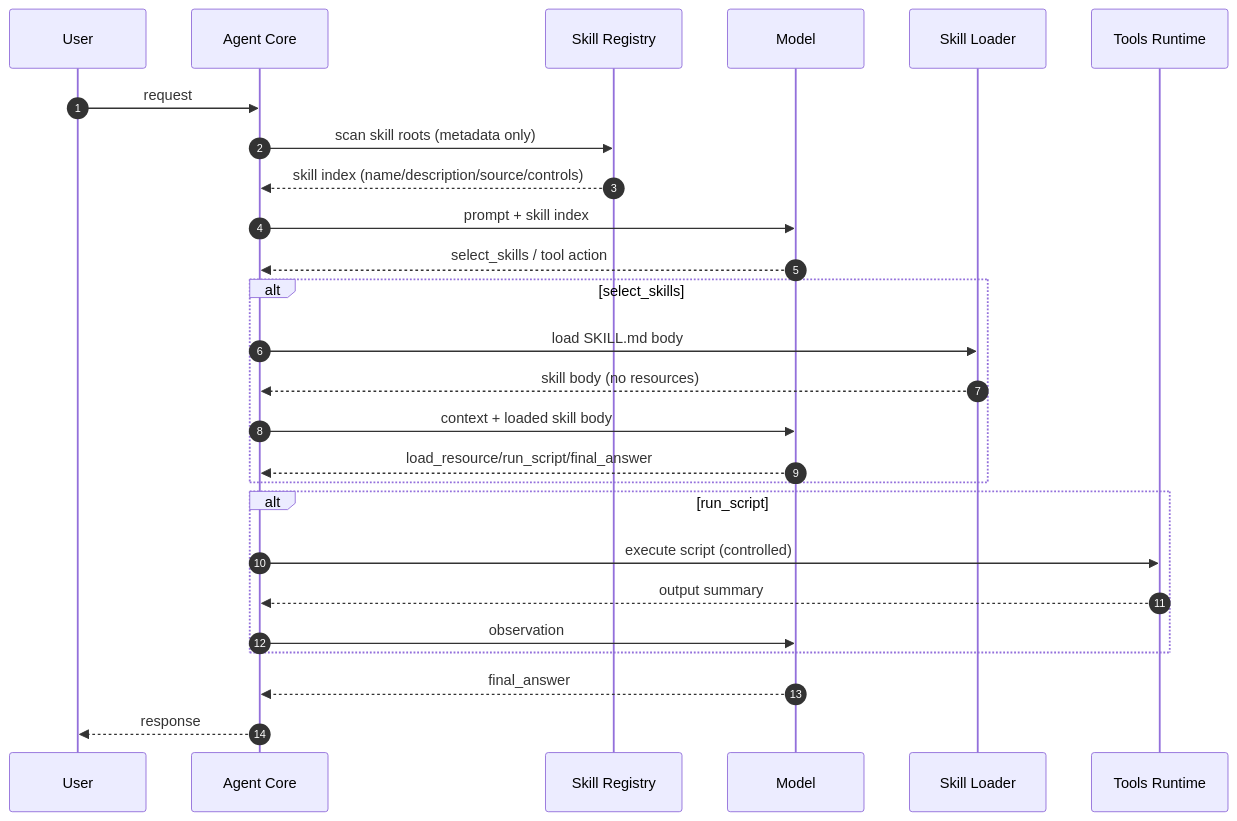
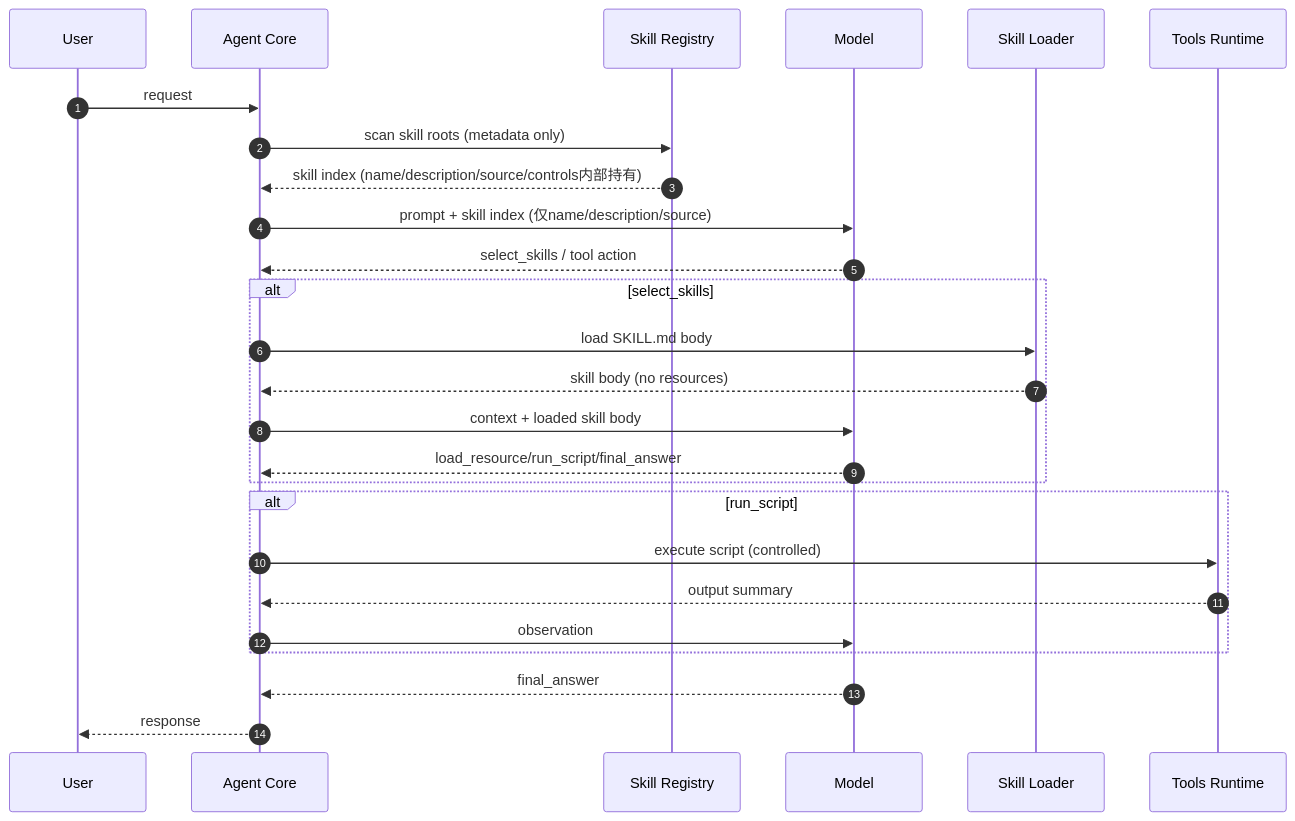
The third of 3 diagrams in docs/agent-skills-tech-design.md (PGshen/skills-agent), drawn with Mermaid before and after one commit. The commit also changed other lines of this file and 34 other files, not shown here.

````diff
--- a/docs/agent-skills-tech-design.md
+++ b/docs/agent-skills-tech-design.md
@@ -224,29 +242,29 @@
 ```mermaid
 sequenceDiagram
   autonumber
   participant U as User
   participant A as Agent Core
   participant R as Skill Registry
   participant M as Model
   participant L as Skill Loader
   participant T as Tools Runtime
 
   U->>A: request
   A->>R: scan skill roots (metadata only)
-  R-->>A: skill index (name/description/source/controls)
-  A->>M: prompt + skill index
+  R-->>A: skill index (name/description/source/controls内部持有)
+  A->>M: prompt + skill index (仅name/description/source)
   M-->>A: select_skills / tool action
   alt select_skills
     A->>L: load SKILL.md body
     L-->>A: skill body (no resources)
     A->>M: context + loaded skill body
     M-->>A: load_resource/run_script/final_answer
   end
   alt run_script
     A->>T: execute script (controlled)
     T-->>A: output summary
     A->>M: observation
   end
   M-->>A: final_answer
   A-->>U: response
 ```
````
